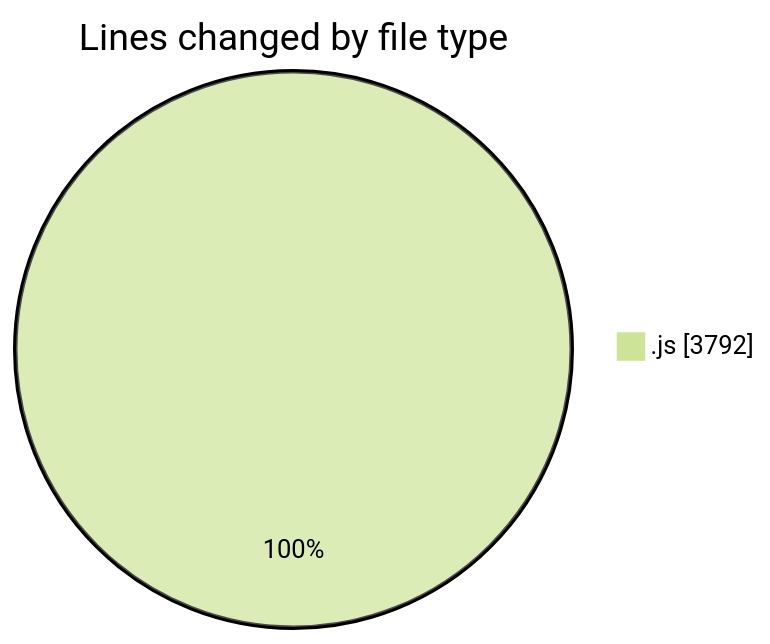
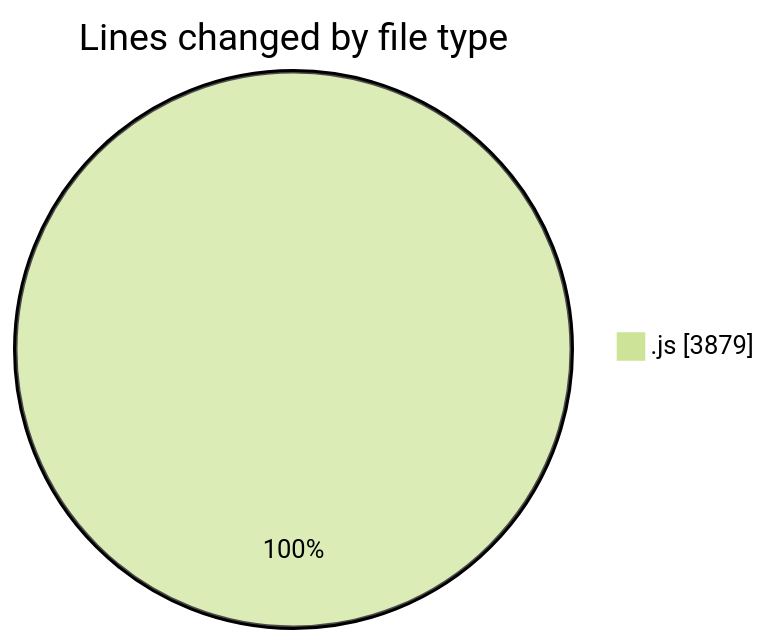
One commit to nxtqubesakshisongat/code-tracking changed the first of 2 diagrams in 2025-12-12/nxtqube_webapp/README.md. Above: the diagram before and after it, drawn with Mermaid (forest theme). The commit also changed other lines of this file and 1 other file, not shown here.

````diff
--- a/2025-12-12/nxtqube_webapp/README.md
+++ b/2025-12-12/nxtqube_webapp/README.md
@@ -21,5 +22,5 @@
 ```mermaid
 pie showData
 title Lines changed by file type
-".js" : 3792
+".js" : 3879
 ```
````
